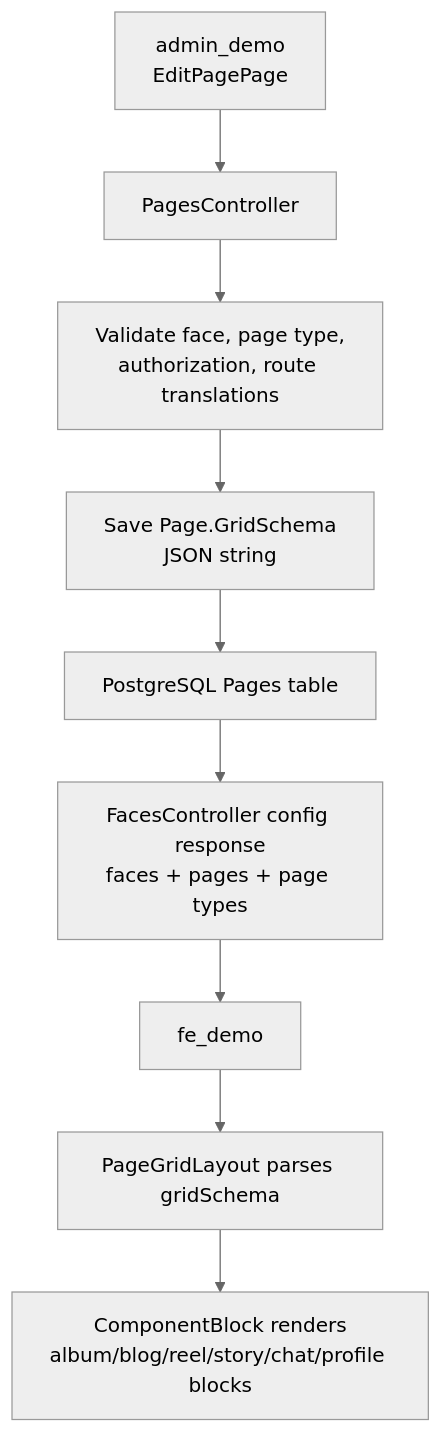
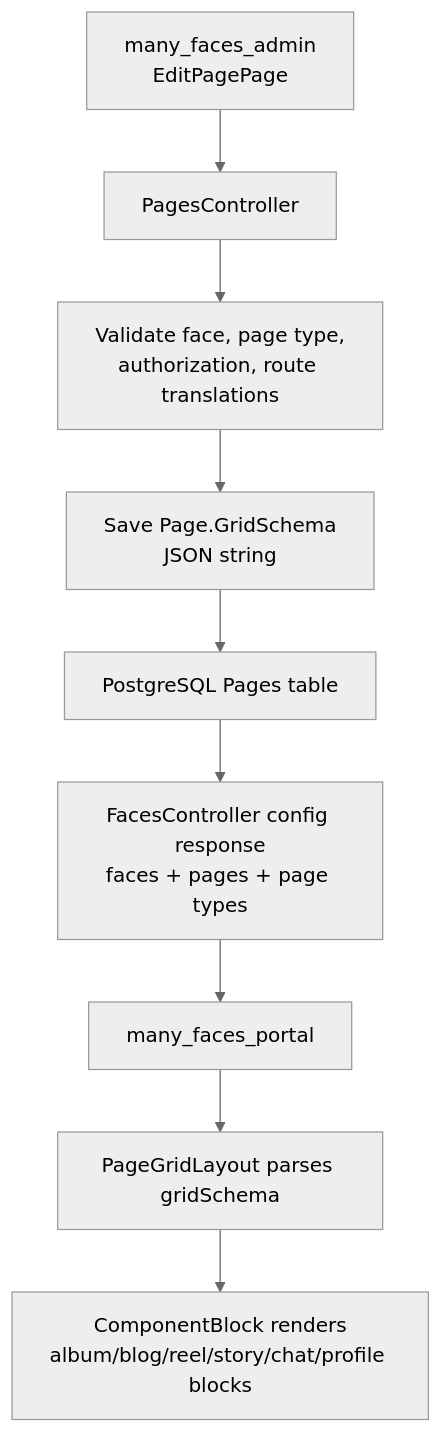
Before and after one commit to 01laky/many_faces_backend: the fourth of 7 diagrams in README.md, drawn with Mermaid (neutral theme). The commit also changed other lines of this file and 1 other file, not shown here.

Commit message:
docs: align readme with many_faces_* repo naming

````diff
--- a/README.md
+++ b/README.md
@@ -134,12 +134,12 @@
 ```mermaid
 flowchart TD
-    admin["admin_demo<br/>EditPagePage"] --> pagesApi["PagesController"]
+    admin["many_faces_admin<br/>EditPagePage"] --> pagesApi["PagesController"]
     pagesApi --> validate["Validate face, page type,<br/>authorization, route translations"]
     validate --> save["Save Page.GridSchema<br/>JSON string"]
     save --> db["PostgreSQL Pages table"]
 
     db --> faceConfig["FacesController config response<br/>faces + pages + page types"]
-    faceConfig --> frontend["fe_demo"]
+    faceConfig --> frontend["many_faces_portal"]
     frontend --> parse["PageGridLayout parses gridSchema"]
     parse --> render["ComponentBlock renders<br/>album/blog/reel/story/chat/profile blocks"]
 ```
````
